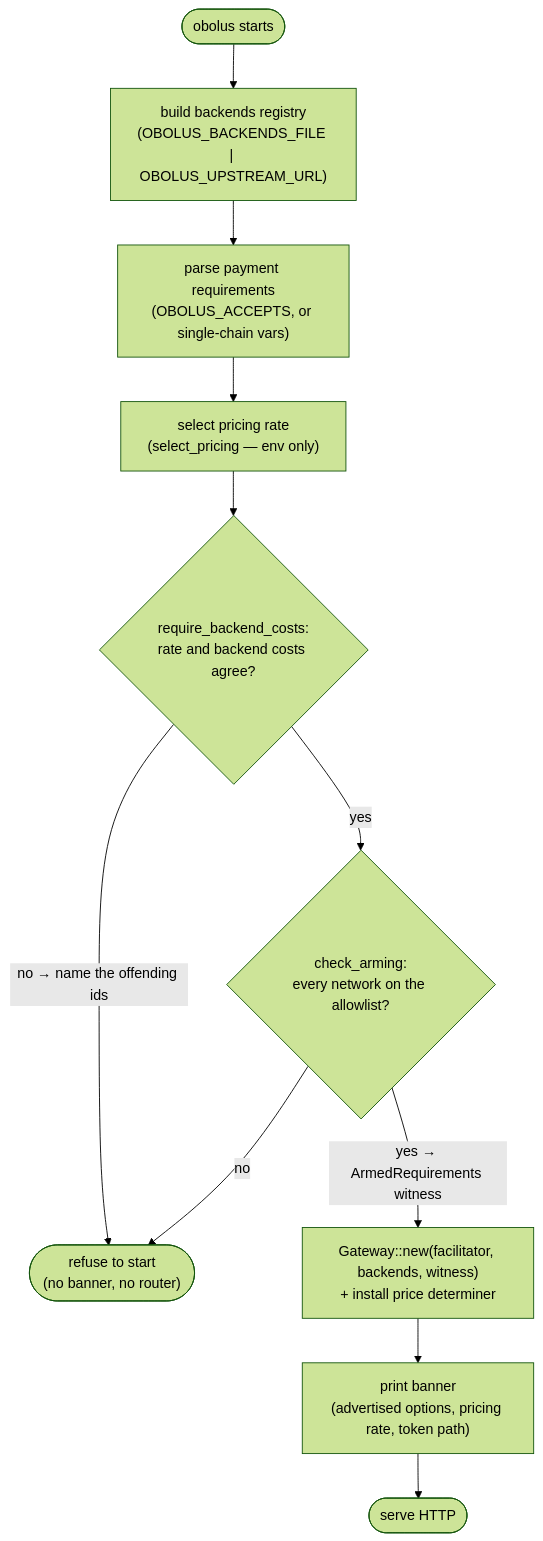
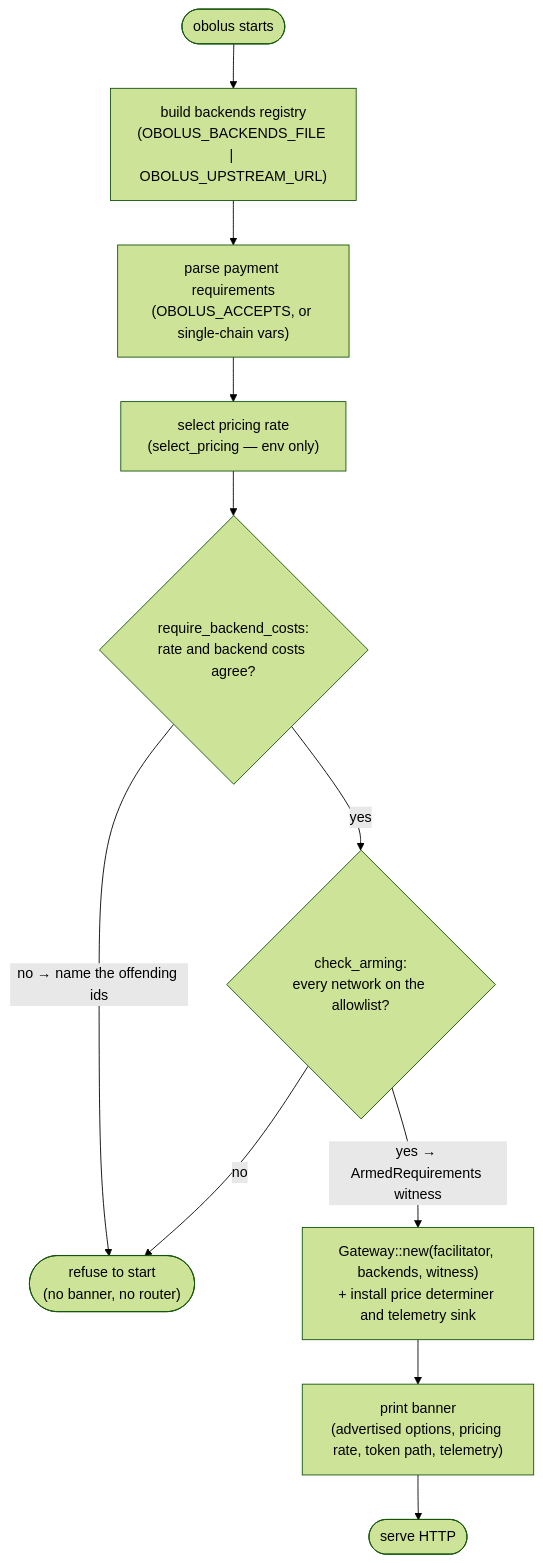
Before and after one commit to geekinasuit/obolus: the third of 5 diagrams in docs/architecture.md, drawn with Mermaid (forest theme). The commit also changed other lines of this file and 7 other files, not shown here.

````diff
--- a/docs/architecture.md
+++ b/docs/architecture.md
@@ -190,13 +192,13 @@
 ```mermaid
 flowchart TB
   start(["obolus starts"]) --> be["build backends registry<br/>(OBOLUS_BACKENDS_FILE | OBOLUS_UPSTREAM_URL)"]
   be --> reqs["parse payment requirements<br/>(OBOLUS_ACCEPTS, or single-chain vars)"]
   reqs --> price["select pricing rate<br/>(select_pricing — env only)"]
   price --> cov{"require_backend_costs:<br/>rate and backend costs agree?"}
   cov -->|"no → name the offending ids"| refuse(["refuse to start<br/>(no banner, no router)"])
   cov -->|"yes"| arm{"check_arming:<br/>every network on the allowlist?"}
   arm -->|"no"| refuse
-  arm -->|"yes → ArmedRequirements witness"| gw["Gateway::new(facilitator, backends, witness)<br/>+ install price determiner"]
-  gw --> banner["print banner<br/>(advertised options, pricing rate, token path)"]
+  arm -->|"yes → ArmedRequirements witness"| gw["Gateway::new(facilitator, backends, witness)<br/>+ install price determiner and telemetry sink"]
+  gw --> banner["print banner<br/>(advertised options, pricing rate, token path, telemetry)"]
   banner --> serve(["serve HTTP"])
 ```
````
